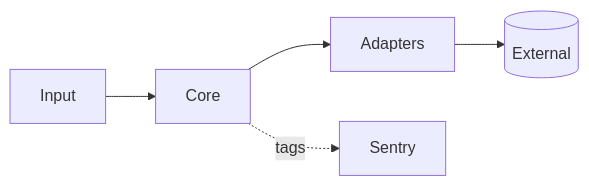
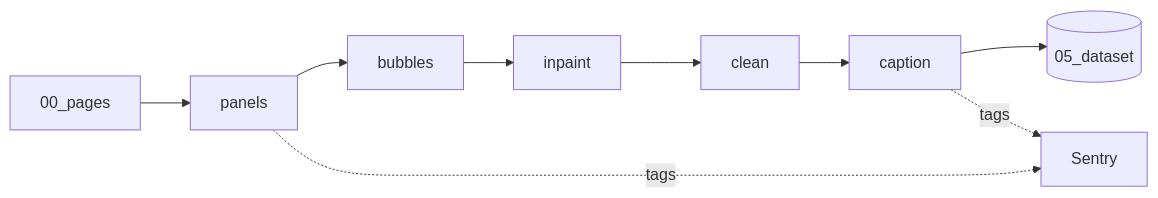
The diagram in docs/architecture/SYSTEM.md (hleserg/make-style-dataset), drawn with Mermaid before and after one commit. The commit also changed other lines of this file and 41 other files, not shown here.

````diff
--- a/docs/architecture/SYSTEM.md
+++ b/docs/architecture/SYSTEM.md
@@ -18,7 +37,6 @@
 ```mermaid
 flowchart LR
-    In[Input] --> Core
-    Core --> Adapters
-    Adapters --> Ext[(External)]
-    Core -.tags.-> Sentry
+    In[00_pages] --> panels --> bubbles --> inpaint --> clean --> caption --> DS[(05_dataset)]
+    panels -.tags.-> Sentry
+    caption -.tags.-> Sentry
 ```
````
